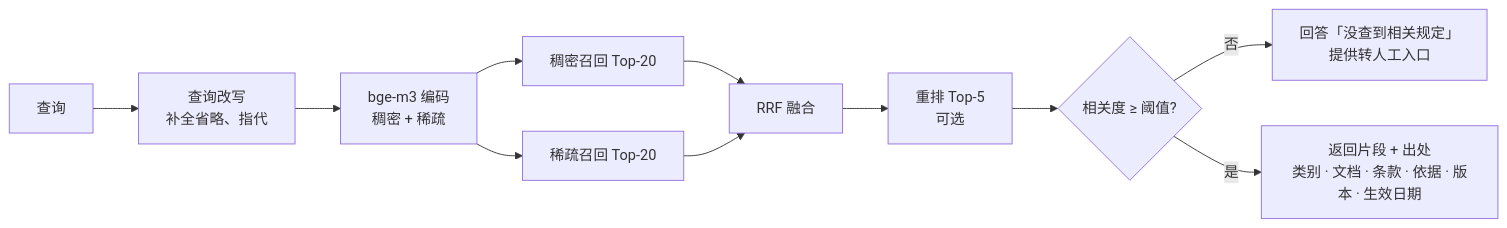
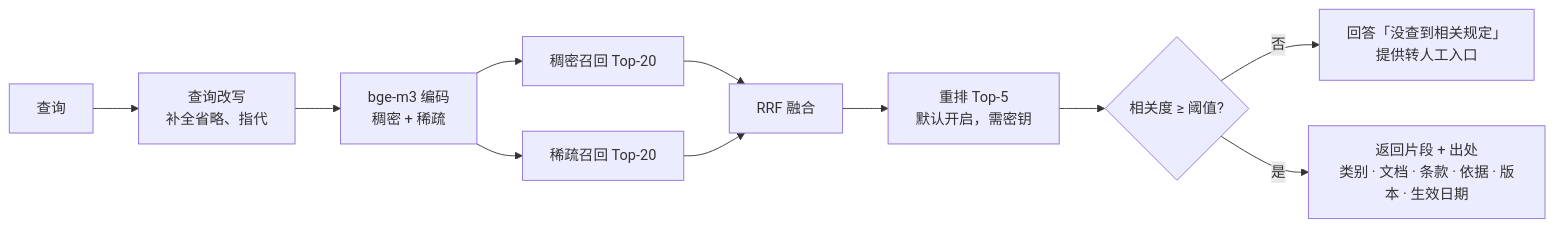
The seventh of 9 diagrams in docs/02-产品技术文档.md (SuperWheel/saydo-agent), drawn with Mermaid before and after one commit. The commit also changed other lines of this file and 9 other files, not shown here.

````diff
--- a/docs/02-产品技术文档.md
+++ b/docs/02-产品技术文档.md
@@ -887,12 +893,12 @@
 ```mermaid
 flowchart LR
     Q[查询] --> RW[查询改写<br/>补全省略、指代]
     RW --> EMB[bge-m3 编码<br/>稠密 + 稀疏]
     EMB --> R1[稠密召回 Top-20]
     EMB --> R2[稀疏召回 Top-20]
     R1 & R2 --> F[RRF 融合]
-    F --> RR[重排 Top-5<br/>可选]
+    F --> RR[重排 Top-5<br/>默认开启，需密钥]
     RR --> T{相关度 ≥ 阈值?}
     T -->|否| N[回答「没查到相关规定」<br/>提供转人工入口]
     T -->|是| OUT[返回片段 + 出处<br/>类别 · 文档 · 条款 · 依据 · 版本 · 生效日期]
 ```
````
